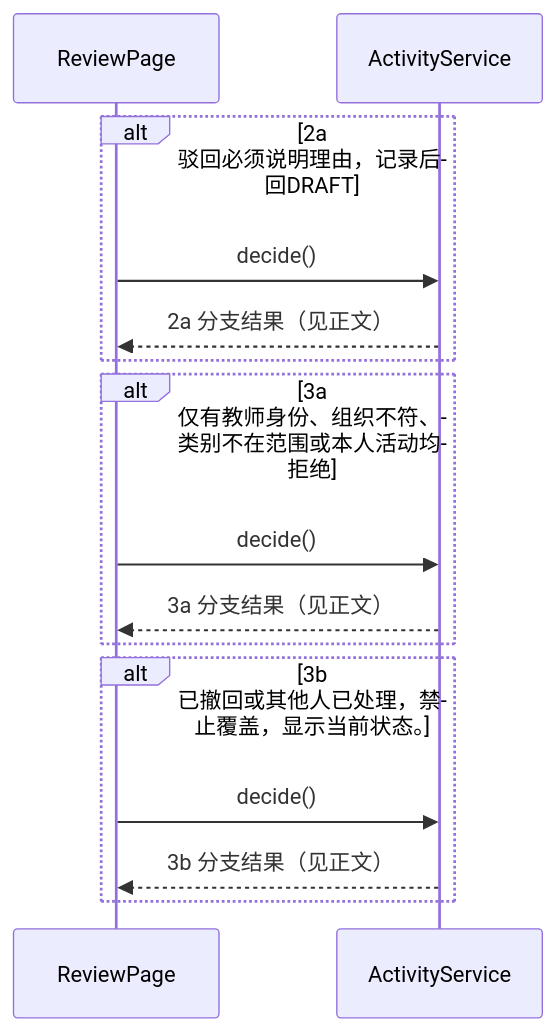
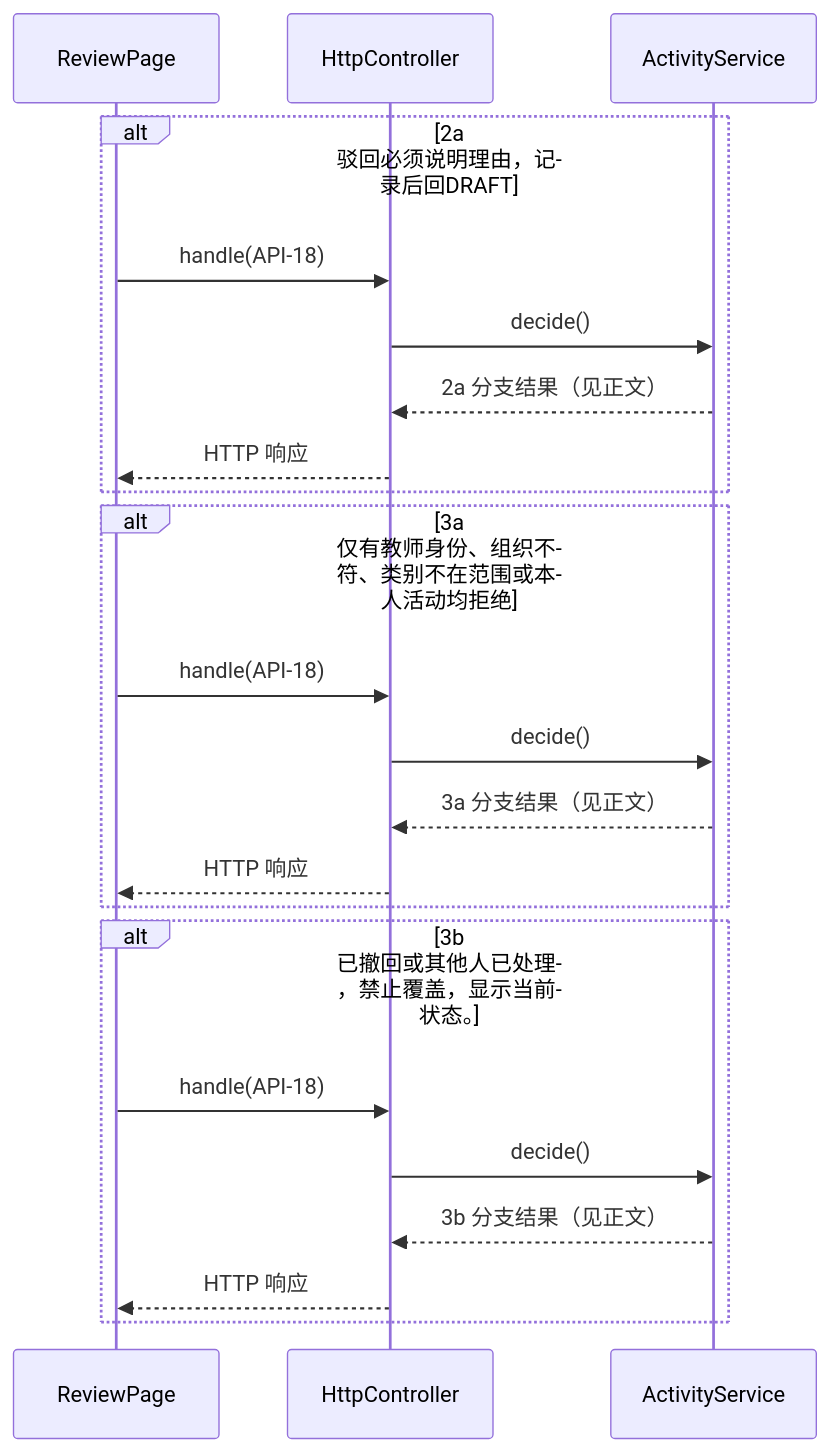
Diagram 18 of 44 in docs/design/software-design-task4.md (Rito-492/campus-sched), drawn with Mermaid before and after one commit. The commit also changed other lines of this file and 3 other files, not shown here.

Commit message:
docs: 修正任务4顺序图HTTP边界与页面调用方向

````diff
--- a/docs/design/software-design-task4.md
+++ b/docs/design/software-design-task4.md
@@ -1393,17 +1537,24 @@
 ```mermaid
 sequenceDiagram
  participant ReviewPage
+ participant HttpController
  participant ActivityService
  alt 2a 驳回必须说明理由，记录后回DRAFT
- ReviewPage->>ActivityService: decide()
- ActivityService-->>ReviewPage: 2a 分支结果（见正文）
+ ReviewPage->>HttpController: handle(API-18)
+ HttpController->>ActivityService: decide()
+ ActivityService-->>HttpController: 2a 分支结果（见正文）
+ HttpController-->>ReviewPage: HTTP 响应
  end
  alt 3a 仅有教师身份、组织不符、类别不在范围或本人活动均拒绝
- ReviewPage->>ActivityService: decide()
- ActivityService-->>ReviewPage: 3a 分支结果（见正文）
+ ReviewPage->>HttpController: handle(API-18)
+ HttpController->>ActivityService: decide()
+ ActivityService-->>HttpController: 3a 分支结果（见正文）
+ HttpController-->>ReviewPage: HTTP 响应
  end
  alt 3b 已撤回或其他人已处理，禁止覆盖，显示当前状态。
- ReviewPage->>ActivityService: decide()
- ActivityService-->>ReviewPage: 3b 分支结果（见正文）
+ ReviewPage->>HttpController: handle(API-18)
+ HttpController->>ActivityService: decide()
+ ActivityService-->>HttpController: 3b 分支结果（见正文）
+ HttpController-->>ReviewPage: HTTP 响应
  end
 ```
````
